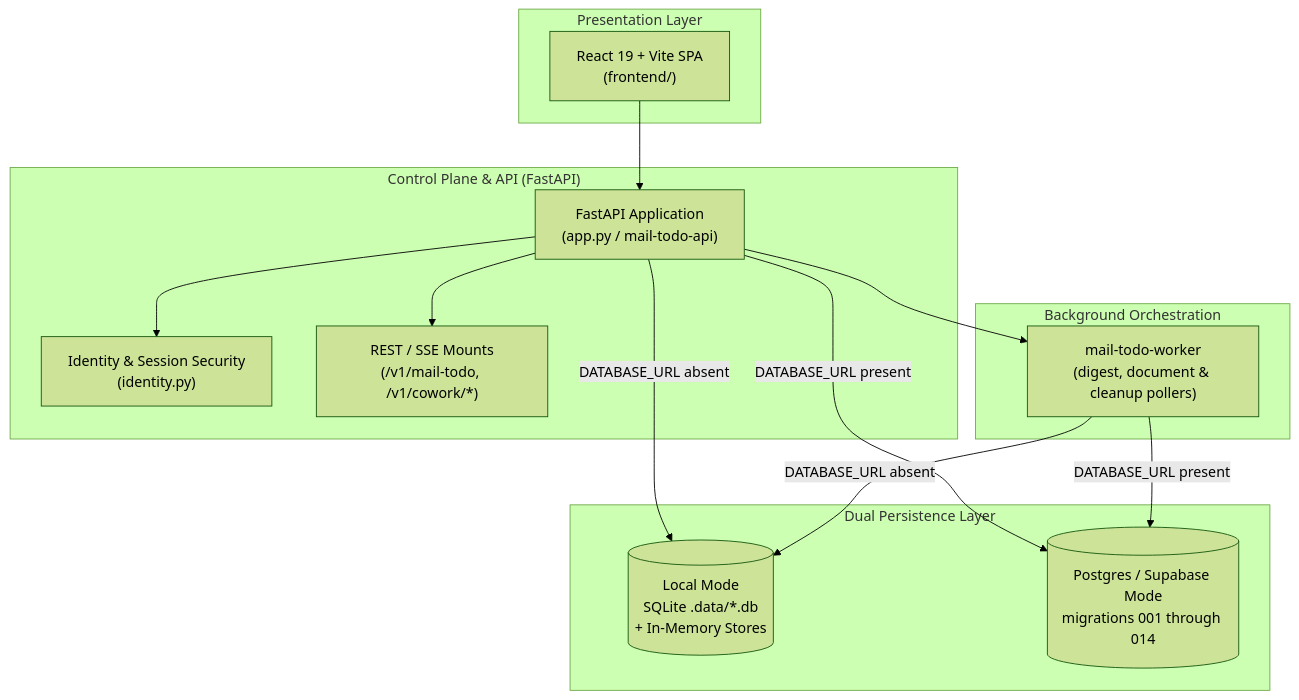
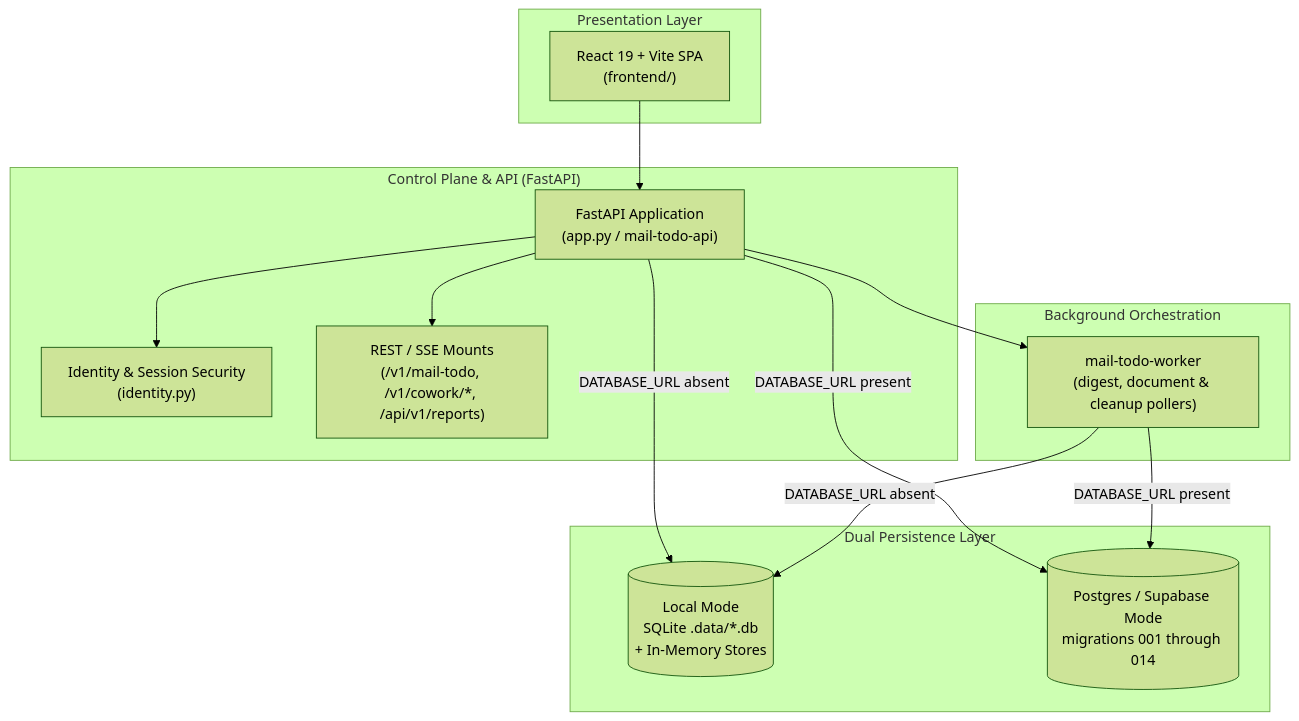
The diagram in docs/architectures/current-architectures/03-control-plane-persistence-and-uis.md (MathematicGuy/EMAIL-AGENT-v1), drawn with Mermaid (forest theme) before and after one commit. The commit also changed other lines of this file and 14 other files, not shown here.

````diff
--- a/docs/architectures/current-architectures/03-control-plane-persistence-and-uis.md
+++ b/docs/architectures/current-architectures/03-control-plane-persistence-and-uis.md
@@ -15,31 +15,31 @@
 ```mermaid
 flowchart TB
     subgraph PRESENTATION["Presentation Layer"]
         REACT["React 19 + Vite SPA<br/>(frontend/)"]
     end
 
     subgraph CONTROL["Control Plane & API (FastAPI)"]
         APP["FastAPI Application<br/>(app.py / mail-todo-api)"]
         AUTH["Identity & Session Security<br/>(identity.py)"]
-        ROUTES["REST / SSE Mounts<br/>(/v1/mail-todo, /v1/cowork/*)"]
+        ROUTES["REST / SSE Mounts<br/>(/v1/mail-todo, /v1/cowork/*, /api/v1/reports)"]
     end
 
     subgraph WORKERS["Background Orchestration"]
         WORKER["mail-todo-worker<br/>(digest, document & cleanup pollers)"]
     end
 
     subgraph PERSISTENCE["Dual Persistence Layer"]
         LOCAL[("Local Mode<br/>SQLite .data/*.db<br/>+ In-Memory Stores")]
         PG[("Postgres / Supabase Mode<br/>migrations 001 through 014")]
     end
 
     REACT --> APP
     APP --> AUTH
     APP --> ROUTES
     APP --> WORKER
 
     APP -->|DATABASE_URL absent| LOCAL
     APP -->|DATABASE_URL present| PG
     WORKER -->|DATABASE_URL present| PG
     WORKER -->|DATABASE_URL absent| LOCAL
 ```
````
